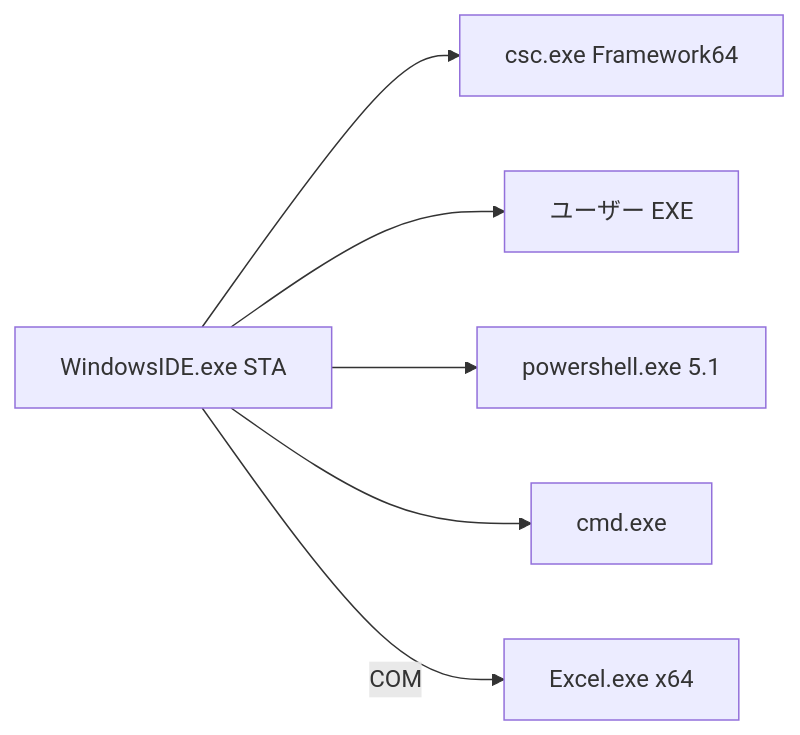
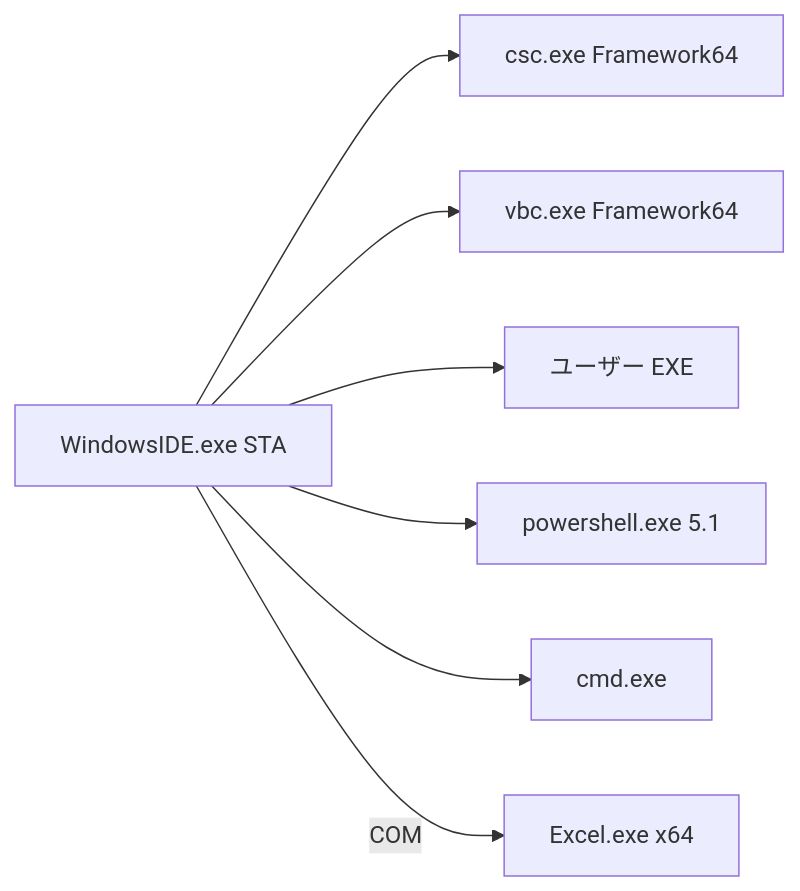
The diagram in docs/architecture.md (vibe-Crdr/WindowsIDE), drawn with Mermaid before and after one commit. The commit also changed other lines of this file and 14 other files, not shown here.

````diff
--- a/docs/architecture.md
+++ b/docs/architecture.md
@@ -19,15 +19,17 @@
 ```mermaid
 flowchart LR
   ui["WindowsIDE.exe STA"]
   csc["csc.exe Framework64"]
+  vbc["vbc.exe Framework64"]
   child["ユーザー EXE"]
   ps["powershell.exe 5.1"]
   cmd["cmd.exe"]
   xl["Excel.exe x64"]
 
   ui --> csc
+  ui --> vbc
   ui --> child
   ui --> ps
   ui --> cmd
   ui -->|"COM"| xl
 ```
````
